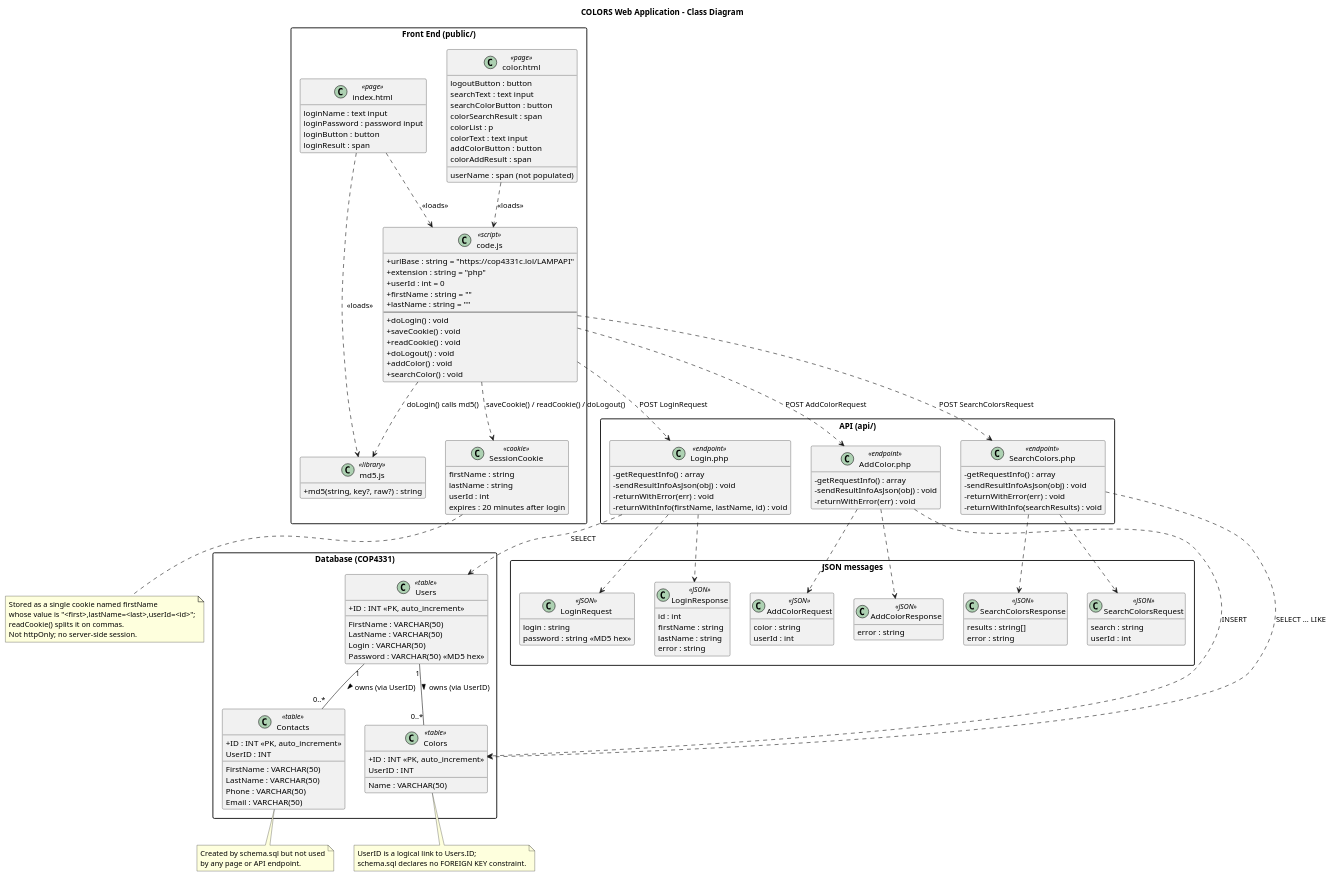
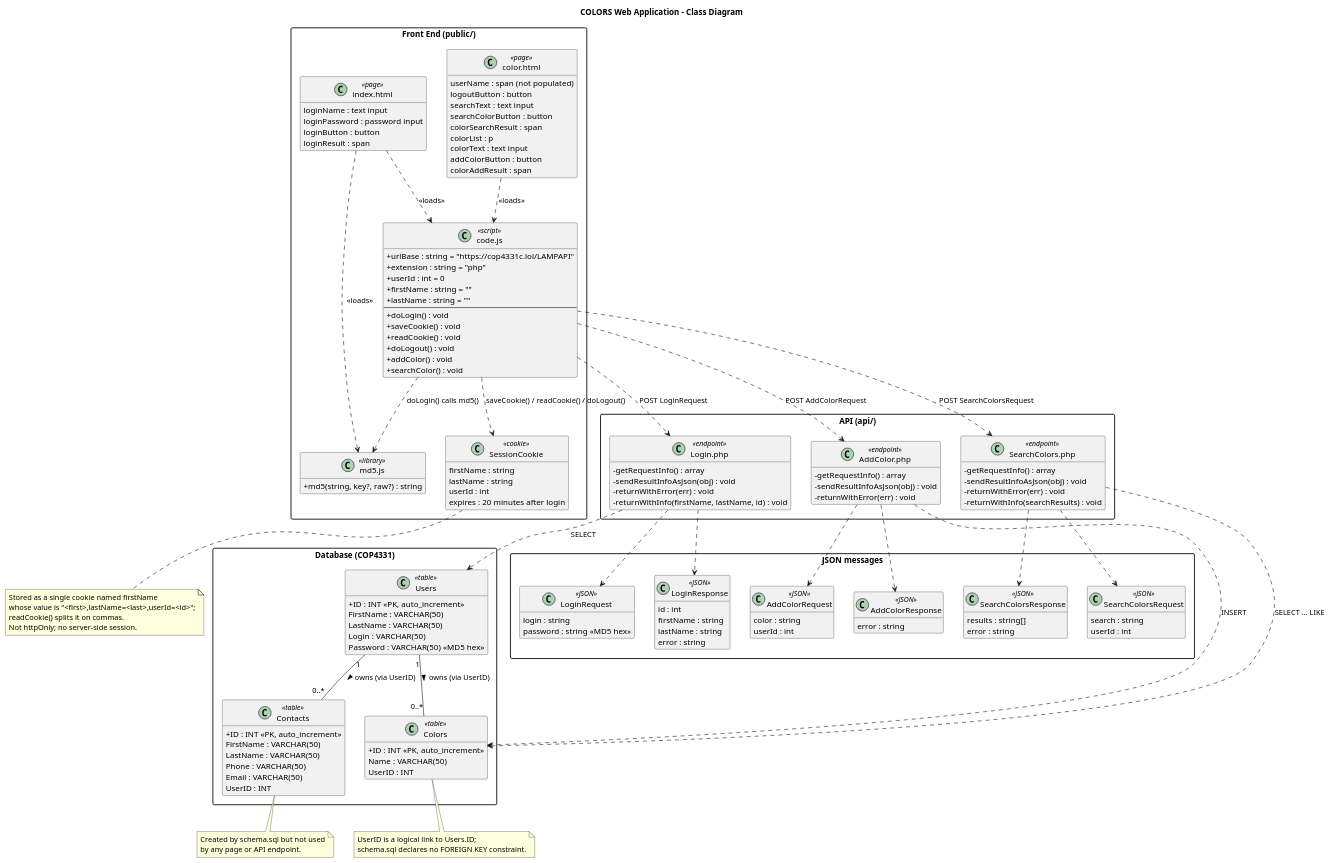
Before and after one commit to Alex-Kemper/colors: the diagram in docs/uml/class.puml, drawn with PlantUML. The commit also changed 1 other file, not shown here.

Commit message:
Fix class diagram attribute compartments

```diff
--- a/docs/uml/class.puml
+++ b/docs/uml/class.puml
@@ -1,172 +1,172 @@
 @startuml class
 title COLORS Web Application - Class Diagram
 
 skinparam shadowing false
 skinparam classAttributeIconSize 0
 skinparam packageStyle rectangle
 hide empty members
 
 package "Front End (public/)" {
   class "index.html" as IndexPage <<page>> {
     loginName : text input
     loginPassword : password input
     loginButton : button
     loginResult : span
   }
 
   class "color.html" as ColorPage <<page>> {
-    userName : span (not populated)
+    {field} userName : span (not populated)
     logoutButton : button
     searchText : text input
     searchColorButton : button
     colorSearchResult : span
     colorList : p
     colorText : text input
     addColorButton : button
     colorAddResult : span
   }
 
   class "code.js" as CodeJs <<script>> {
     +urlBase : string = "https://cop4331c.lol/LAMPAPI"
     +extension : string = "php"
     +userId : int = 0
     +firstName : string = ""
     +lastName : string = ""
     --
     +doLogin() : void
     +saveCookie() : void
     +readCookie() : void
     +doLogout() : void
     +addColor() : void
     +searchColor() : void
   }
 
   class "md5.js" as Md5Js <<library>> {
     +md5(string, key?, raw?) : string
   }
 
   class SessionCookie <<cookie>> {
     firstName : string
     lastName : string
     userId : int
     expires : 20 minutes after login
   }
 }
 
 package "API (api/)" {
   class "Login.php" as LoginApi <<endpoint>> {
     -getRequestInfo() : array
     -sendResultInfoAsJson(obj) : void
     -returnWithError(err) : void
     -returnWithInfo(firstName, lastName, id) : void
   }
 
   class "AddColor.php" as AddColorApi <<endpoint>> {
     -getRequestInfo() : array
     -sendResultInfoAsJson(obj) : void
     -returnWithError(err) : void
   }
 
   class "SearchColors.php" as SearchColorsApi <<endpoint>> {
     -getRequestInfo() : array
     -sendResultInfoAsJson(obj) : void
     -returnWithError(err) : void
     -returnWithInfo(searchResults) : void
   }
 }
 
 package "Database (COP4331)" {
   class Users <<table>> {
     +ID : INT <<PK, auto_increment>>
-    FirstName : VARCHAR(50)
-    LastName : VARCHAR(50)
-    Login : VARCHAR(50)
-    Password : VARCHAR(50) <<MD5 hex>>
+    {field} FirstName : VARCHAR(50)
+    {field} LastName : VARCHAR(50)
+    {field} Login : VARCHAR(50)
+    {field} Password : VARCHAR(50) <<MD5 hex>>
   }
 
   class Colors <<table>> {
     +ID : INT <<PK, auto_increment>>
-    Name : VARCHAR(50)
+    {field} Name : VARCHAR(50)
     UserID : INT
   }
 
   class Contacts <<table>> {
     +ID : INT <<PK, auto_increment>>
-    FirstName : VARCHAR(50)
-    LastName : VARCHAR(50)
-    Phone : VARCHAR(50)
-    Email : VARCHAR(50)
+    {field} FirstName : VARCHAR(50)
+    {field} LastName : VARCHAR(50)
+    {field} Phone : VARCHAR(50)
+    {field} Email : VARCHAR(50)
     UserID : INT
   }
 }
 
 package "JSON messages" {
   class LoginRequest <<JSON>> {
     login : string
     password : string <<MD5 hex>>
   }
   class LoginResponse <<JSON>> {
     id : int
     firstName : string
     lastName : string
     error : string
   }
   class AddColorRequest <<JSON>> {
     color : string
     userId : int
   }
   class AddColorResponse <<JSON>> {
     error : string
   }
   class SearchColorsRequest <<JSON>> {
     search : string
     userId : int
   }
   class SearchColorsResponse <<JSON>> {
     results : string[]
     error : string
   }
 }
 
 IndexPage ..> Md5Js : <<loads>>
 IndexPage ..> CodeJs : <<loads>>
 ColorPage ..> CodeJs : <<loads>>
 CodeJs ..> Md5Js : doLogin() calls md5()
 CodeJs ..> SessionCookie : saveCookie() / readCookie() / doLogout()
 
 CodeJs ..> LoginApi : POST LoginRequest
 CodeJs ..> AddColorApi : POST AddColorRequest
 CodeJs ..> SearchColorsApi : POST SearchColorsRequest
 
 LoginApi ..> LoginRequest
 LoginApi ..> LoginResponse
 AddColorApi ..> AddColorRequest
 AddColorApi ..> AddColorResponse
 SearchColorsApi ..> SearchColorsRequest
 SearchColorsApi ..> SearchColorsResponse
 
 LoginApi ..> Users : SELECT
 AddColorApi ..> Colors : INSERT
 SearchColorsApi ..> Colors : SELECT ... LIKE
 
 Users "1" -- "0..*" Colors : owns (via UserID) >
 Users "1" -- "0..*" Contacts : owns (via UserID) >
 
 note bottom of Colors
   UserID is a logical link to Users.ID;
   schema.sql declares no FOREIGN KEY constraint.
 end note
 
 note bottom of Contacts
   Created by schema.sql but not used
   by any page or API endpoint.
 end note
 
 note bottom of SessionCookie
   Stored as a single cookie named firstName
   whose value is "<first>,lastName=<last>,userId=<id>";
   readCookie() splits it on commas.
   Not httpOnly; no server-side session.
 end note
 
 @enduml
```
